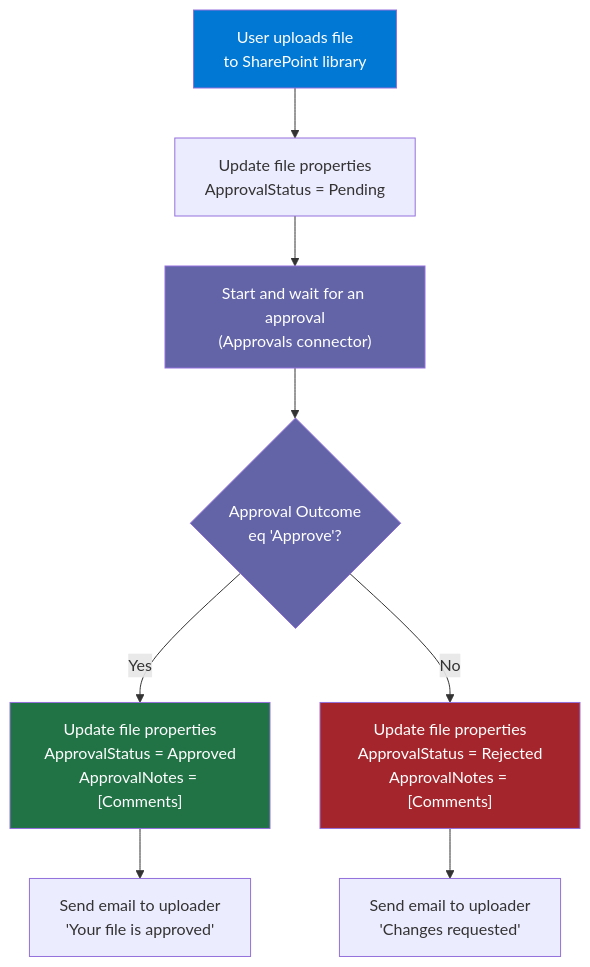
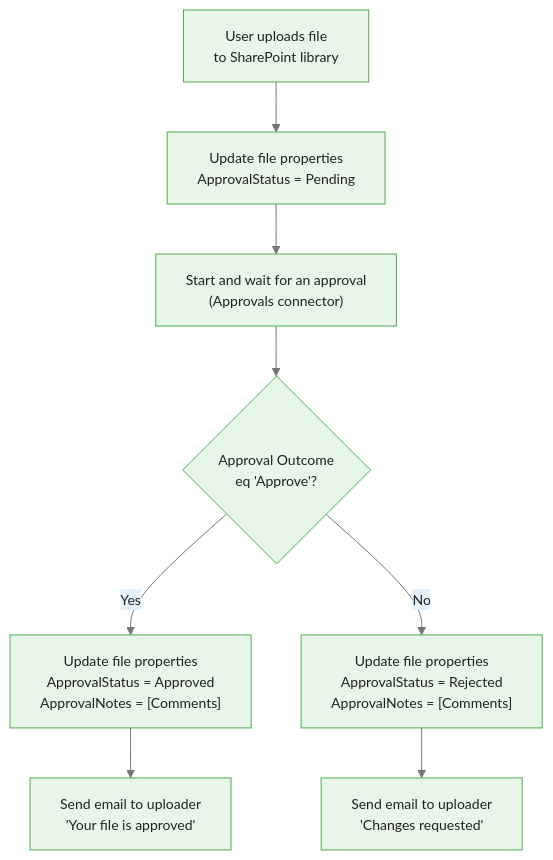
Before and after one commit to m-deane/course-creator: the seventh of 10 diagrams in courses/power-automate/modules/module_05_sharepoint_excel/guides/01_sharepoint_integration_slides.md, drawn with Mermaid. The commit also changed other lines of this file and 72 other files, not shown here.

````diff
--- a/courses/power-automate/modules/module_05_sharepoint_excel/guides/01_sharepoint_integration_slides.md
+++ b/courses/power-automate/modules/module_05_sharepoint_excel/guides/01_sharepoint_integration_slides.md
@@ -238,16 +255,12 @@
 ```mermaid
+%%{init: {"theme": "base", "themeVariables": {"primaryColor": "#e8f5e9", "primaryBorderColor": "#4caf50", "primaryTextColor": "#212121", "secondaryColor": "#e3f2fd", "tertiaryColor": "#fff8e1", "lineColor": "#757575", "fontFamily": "Inter, sans-serif", "fontSize": "14px"}}}%%
 graph TD
     U["User uploads file\nto SharePoint library"]
     U --> S0["Update file properties\nApprovalStatus = Pending"]
     S0 --> A["Start and wait for an approval\n(Approvals connector)"]
     A --> C{"Approval Outcome\neq 'Approve'?"}
     C -->|Yes| Y1["Update file properties\nApprovalStatus = Approved\nApprovalNotes = [Comments]"]
     C -->|No| N1["Update file properties\nApprovalStatus = Rejected\nApprovalNotes = [Comments]"]
     Y1 --> Y2["Send email to uploader\n'Your file is approved'"]
     N1 --> N2["Send email to uploader\n'Changes requested'"]
-    style U fill:#0078D4,color:#fff
-    style A fill:#6264A7,color:#fff
-    style C fill:#6264A7,color:#fff
-    style Y1 fill:#217346,color:#fff
-    style N1 fill:#A4262C,color:#fff
 ```
````
